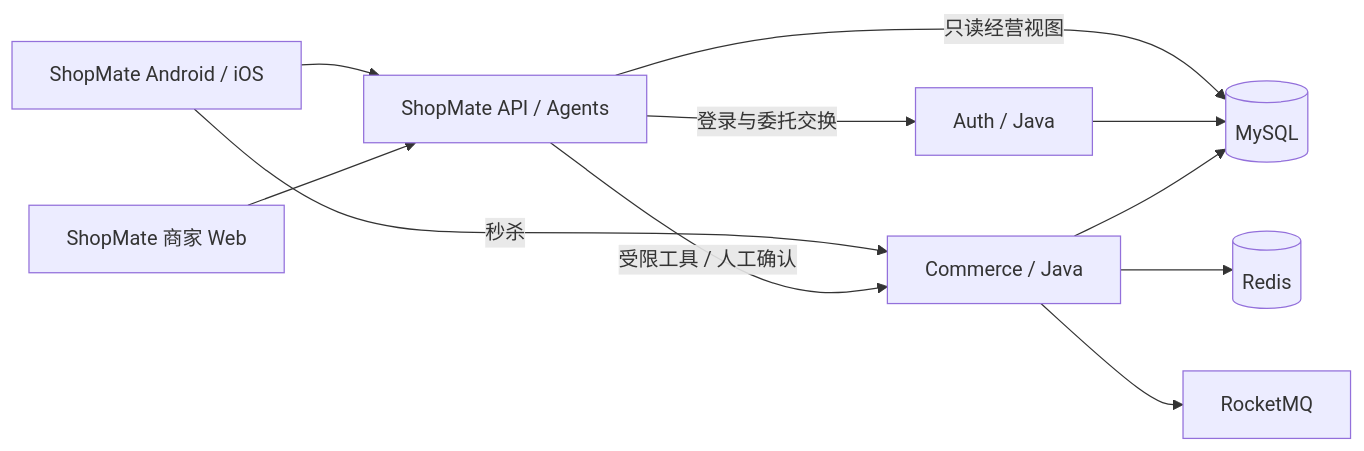
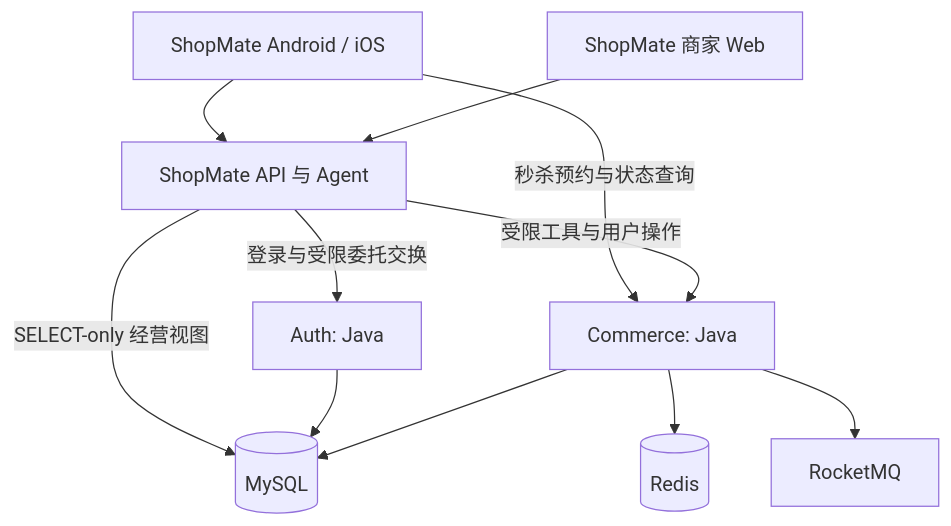
The diagram in README.zh-CN.md (ChanTso/citybuddy), drawn with Mermaid before and after one commit. The commit also changed other lines of this file and 20 other files, not shown here.

````diff
--- a/README.zh-CN.md
+++ b/README.zh-CN.md
@@ -48,13 +47,13 @@
 ```mermaid
-flowchart LR
-    Client[ShopMate Android / iOS] --> Host[ShopMate API / Agents]
+flowchart TB
+    Client[ShopMate Android / iOS] --> Host[ShopMate API 与 Agent]
     Web[ShopMate 商家 Web] --> Host
-    Client -->|秒杀| Commerce[Commerce / Java]
-    Host -->|登录与委托交换| Auth[Auth / Java]
-    Host -->|受限工具 / 人工确认| Commerce
-    Host -->|只读经营视图| DB[(MySQL)]
+    Client -->|秒杀预约与状态查询| Commerce[Commerce: Java]
+    Host -->|登录与受限委托交换| Auth[Auth: Java]
+    Host -->|受限工具与用户操作| Commerce
+    Host -->|SELECT-only 经营视图| DB[(MySQL)]
     Auth --> DB
     Commerce --> DB
     Commerce --> Redis[(Redis)]
     Commerce --> MQ[RocketMQ]
 ```
````
